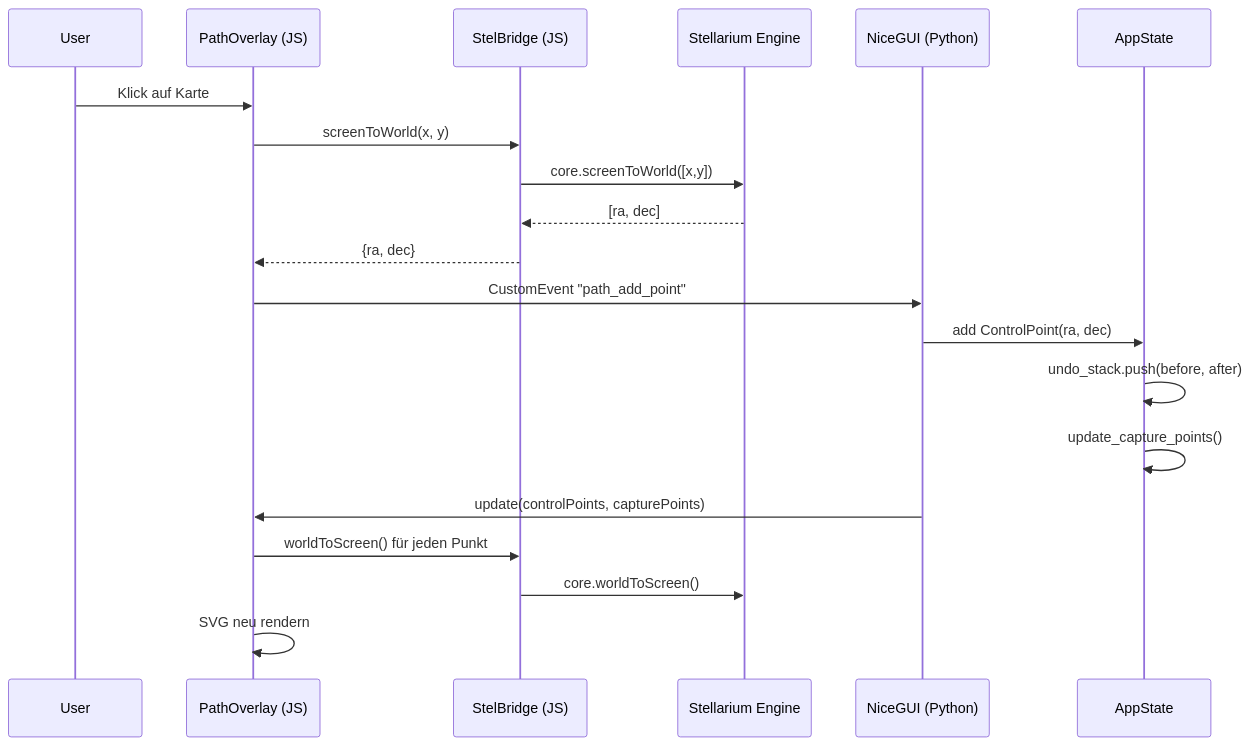
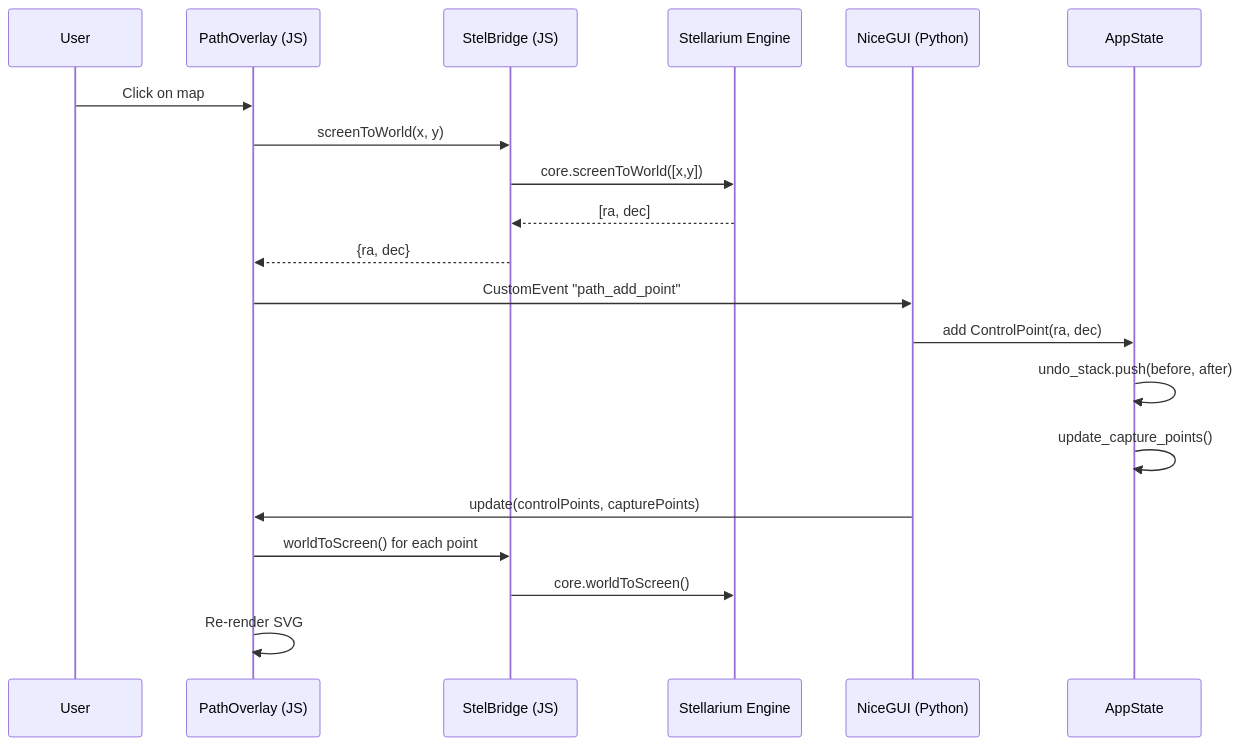
One commit to zworkb/AstroNightcrawler changed the ninth of 11 diagrams in docs/architecture.md. Above: the diagram before and after it, drawn with Mermaid. The commit also changed other lines of this file and 2 other files, not shown here.

Commit message:
docs: update architecture UML, dependencies, README for renderer

````diff
--- a/docs/architecture.md
+++ b/docs/architecture.md
@@ -282,23 +587,23 @@
 ```mermaid
 sequenceDiagram
     participant User
     participant Overlay as PathOverlay (JS)
     participant Bridge as StelBridge (JS)
     participant SWE as Stellarium Engine
     participant NiceGUI as NiceGUI (Python)
     participant State as AppState
 
-    User->>Overlay: Klick auf Karte
+    User->>Overlay: Click on map
     Overlay->>Bridge: screenToWorld(x, y)
     Bridge->>SWE: core.screenToWorld([x,y])
     SWE-->>Bridge: [ra, dec]
     Bridge-->>Overlay: {ra, dec}
     Overlay->>NiceGUI: CustomEvent "path_add_point"
     NiceGUI->>State: add ControlPoint(ra, dec)
     State->>State: undo_stack.push(before, after)
     State->>State: update_capture_points()
     NiceGUI->>Overlay: update(controlPoints, capturePoints)
-    Overlay->>Bridge: worldToScreen() für jeden Punkt
+    Overlay->>Bridge: worldToScreen() for each point
     Bridge->>SWE: core.worldToScreen()
-    Overlay->>Overlay: SVG neu rendern
+    Overlay->>Overlay: Re-render SVG
 ```
````
